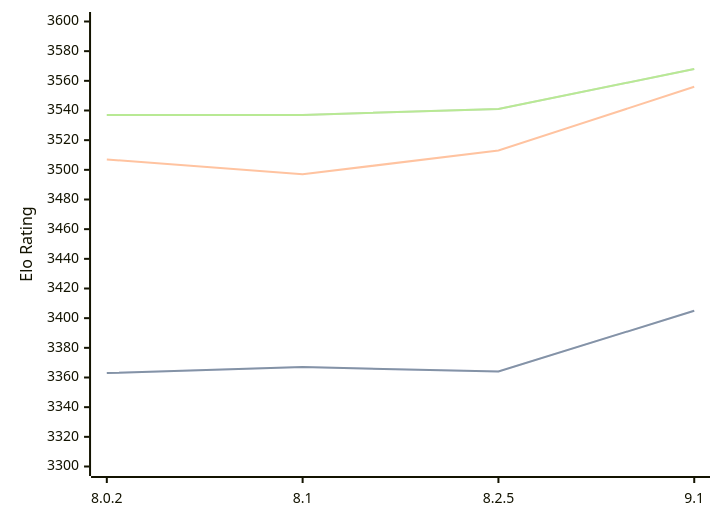
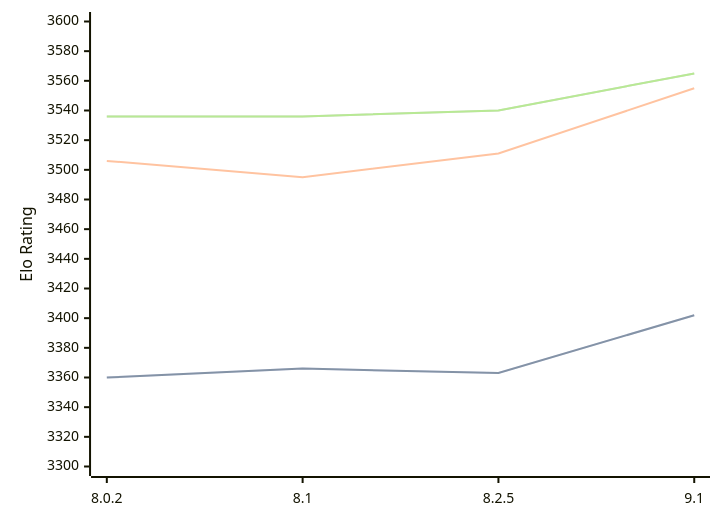
Before and after one commit to computer-chess-index/cci: the diagram in engines/Clover.md, drawn with Mermaid. The commit also changed other lines of this file, not shown here.

Commit message:
Update CCI Ratings (ELO VLTC) - 2026-03-31

````diff
--- a/engines/Clover.md
+++ b/engines/Clover.md
@@ -64,11 +64,11 @@
 ```mermaid
 %%{init: {"theme":"base","themeVariables":{"seriesColors:['#a3a3a3','#222221','#faa371']}}}%%
 xychart-beta
   x-axis ["8.0.2", "8.1", "8.2.5", "9.1"]
   y-axis "Elo Rating" 3300 --> 3600
-  line "STC (8.0+0.08s)" [3363, 3367, 3364, 3405]
-  line "STC (8.0+0.08s)" [3363, 3367, 3364, 3405]
-  line "LTC (60.0+0.60s)" [3507, 3497, 3513, 3556]
-  line "VLTC (2m24s+1.12s)" [3537, 3537, 3541, 3568]
-  line "VLTC (2m24s+1.12s)" [3537, 3537, 3541, 3568]
+  line "STC (8.0+0.08s)" [3360, 3366, 3363, 3402]
+  line "STC (8.0+0.08s)" [3360, 3366, 3363, 3402]
+  line "LTC (60.0+0.60s)" [3506, 3495, 3511, 3555]
+  line "VLTC (2m24s+1.12s)" [3536, 3536, 3540, 3565]
+  line "VLTC (2m24s+1.12s)" [3536, 3536, 3540, 3565]
 ```
````
